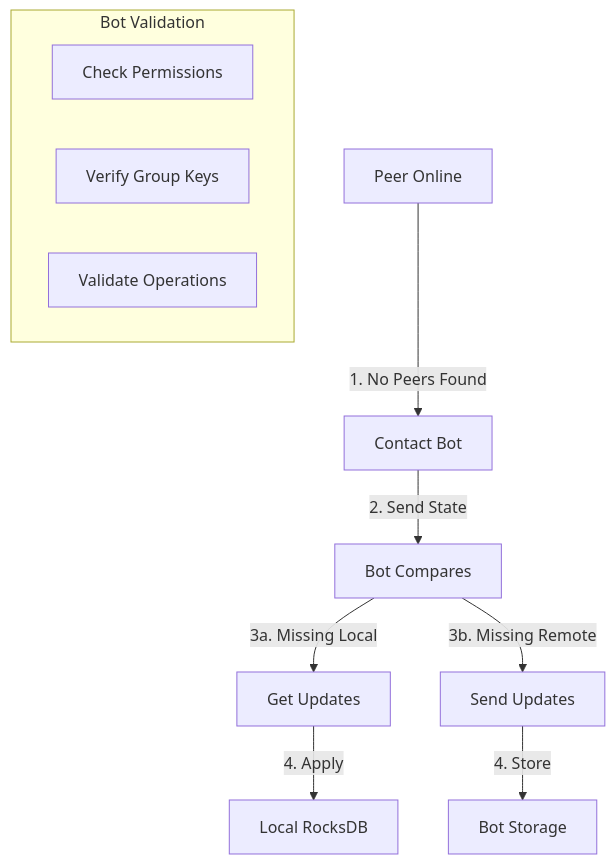
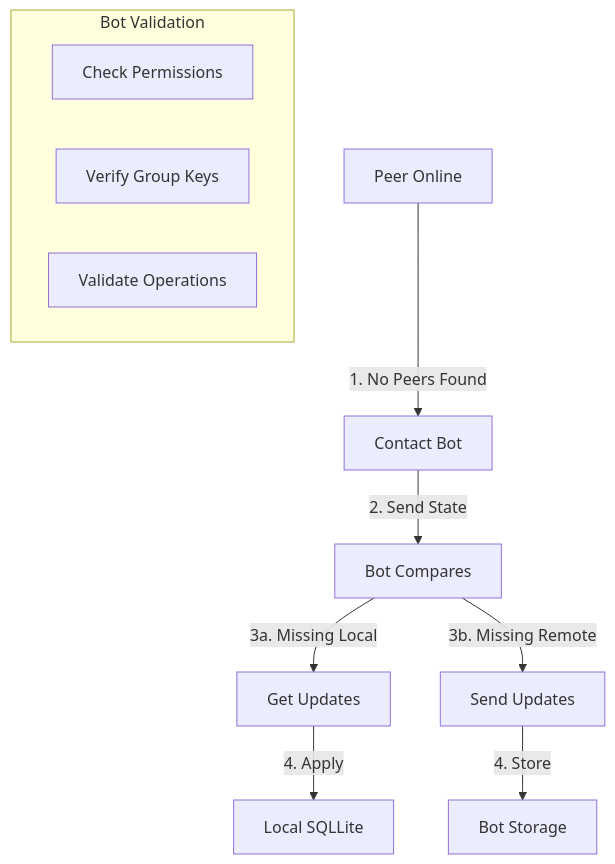
Before and after one commit to goldilocksfashion/dripp-backend: the eighth of 13 diagrams in README.md, drawn with Mermaid. The commit also changed other lines of this file, not shown here.

````diff
--- a/README.md
+++ b/README.md
@@ -151,17 +150,17 @@
 ```mermaid
  graph TD
     A[Peer Online] -->|1. No Peers Found| B[Contact Bot]
     B -->|2. Send State| C[Bot Compares]
     
     C -->|3a. Missing Local| D[Get Updates]
     C -->|3b. Missing Remote| E[Send Updates]
     
-    D -->|4. Apply| F[Local RocksDB]
+    D -->|4. Apply| F[Local SQLLite]
     E -->|4. Store| G[Bot Storage]
     
     subgraph "Bot Validation"
         H[Check Permissions]
         I[Verify Group Keys]
         J[Validate Operations]
     end
 ```
````
